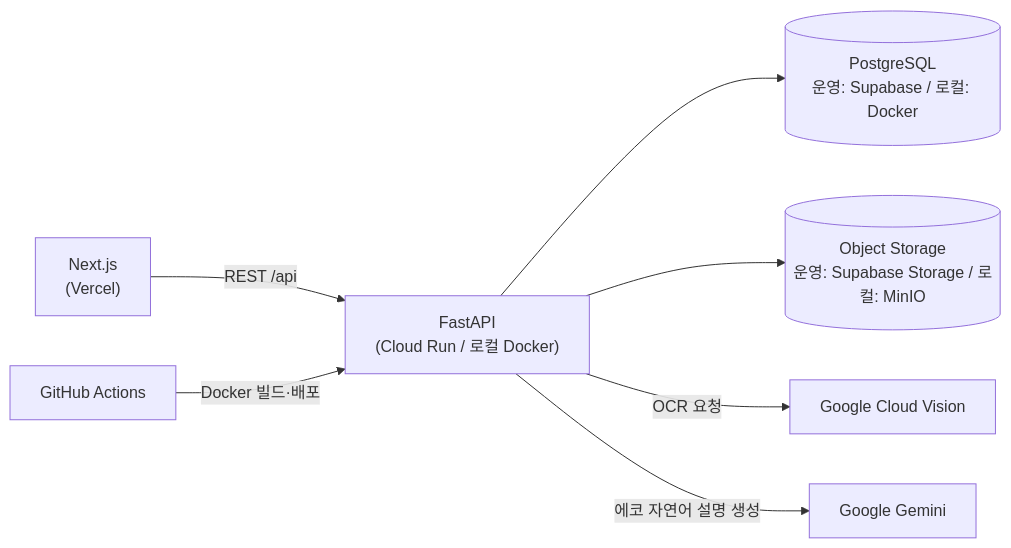
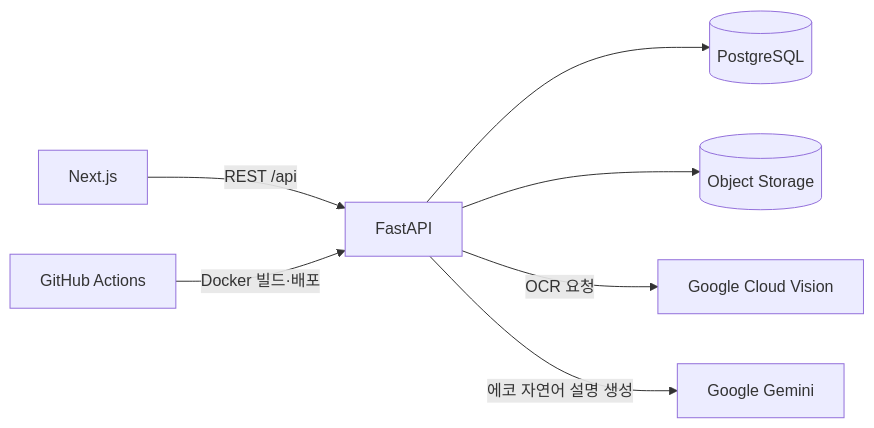
The first of 2 diagrams in README.md (yeon025/WaveSync-BE), drawn with Mermaid before and after one commit. The commit also changed other lines of this file, not shown here.

First line of the commit message:
docs: README 중복 제거 및 등록 흐름 다이어그램 간소화

````diff
--- a/README.md
+++ b/README.md
@@ -44,9 +42,9 @@
 ```mermaid
 flowchart LR
-    FE["Next.js<br/>(Vercel)"] -->|REST /api| BE["FastAPI<br/>(Cloud Run / 로컬 Docker)"]
-    BE --> DB[("PostgreSQL<br/>운영: Supabase / 로컬: Docker")]
-    BE --> ST[("Object Storage<br/>운영: Supabase Storage / 로컬: MinIO")]
+    FE["Next.js"] -->|REST /api| BE["FastAPI"]
+    BE --> DB[("PostgreSQL")]
+    BE --> ST[("Object Storage")]
     BE -->|OCR 요청| VI["Google Cloud Vision"]
     BE -->|에코 자연어 설명 생성| GM["Google Gemini"]
     GH["GitHub Actions"] -->|Docker 빌드·배포| BE
 ```
````
